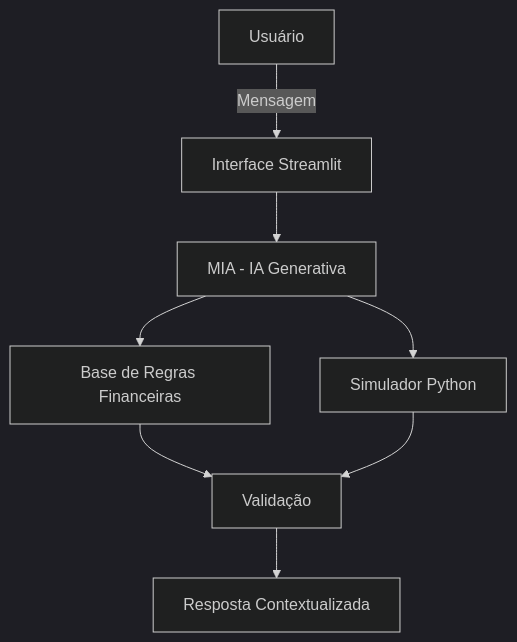
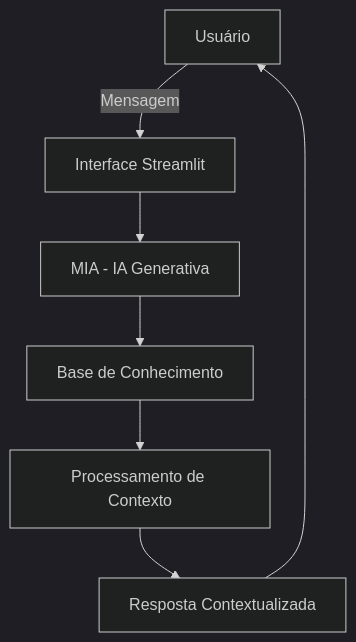
The diagram in docs/01-documentacao-agente.md (sandrostec/dio-lab-bia-do-futuro), drawn with Mermaid (dark theme) before and after one commit. The commit also changed other lines of this file, not shown here.

````diff
--- a/docs/01-documentacao-agente.md
+++ b/docs/01-documentacao-agente.md
@@ -127,10 +129,9 @@
 ```mermaid
 flowchart TD
     A[Usuário] -->|Mensagem| B[Interface Streamlit]
     B --> C[MIA - IA Generativa]
-    C --> D[Base de Regras Financeiras]
-    C --> E[Simulador Python]
-    D --> F[Validação]
-    E --> F
-    F --> G[Resposta Contextualizada]
+    C --> D[Base de Conhecimento]
+    D --> E[Processamento de Contexto]
+    E --> F[Resposta Contextualizada]
+    F --> A
 ```
````
